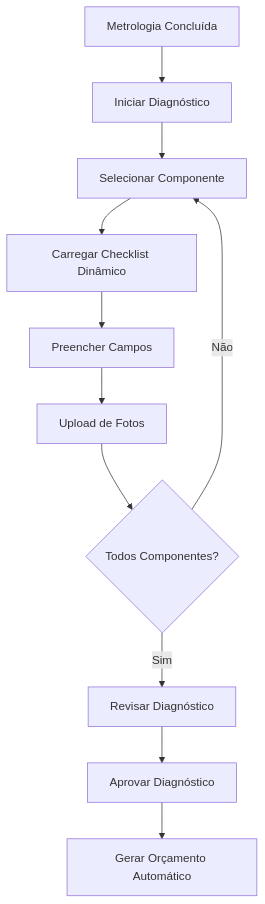
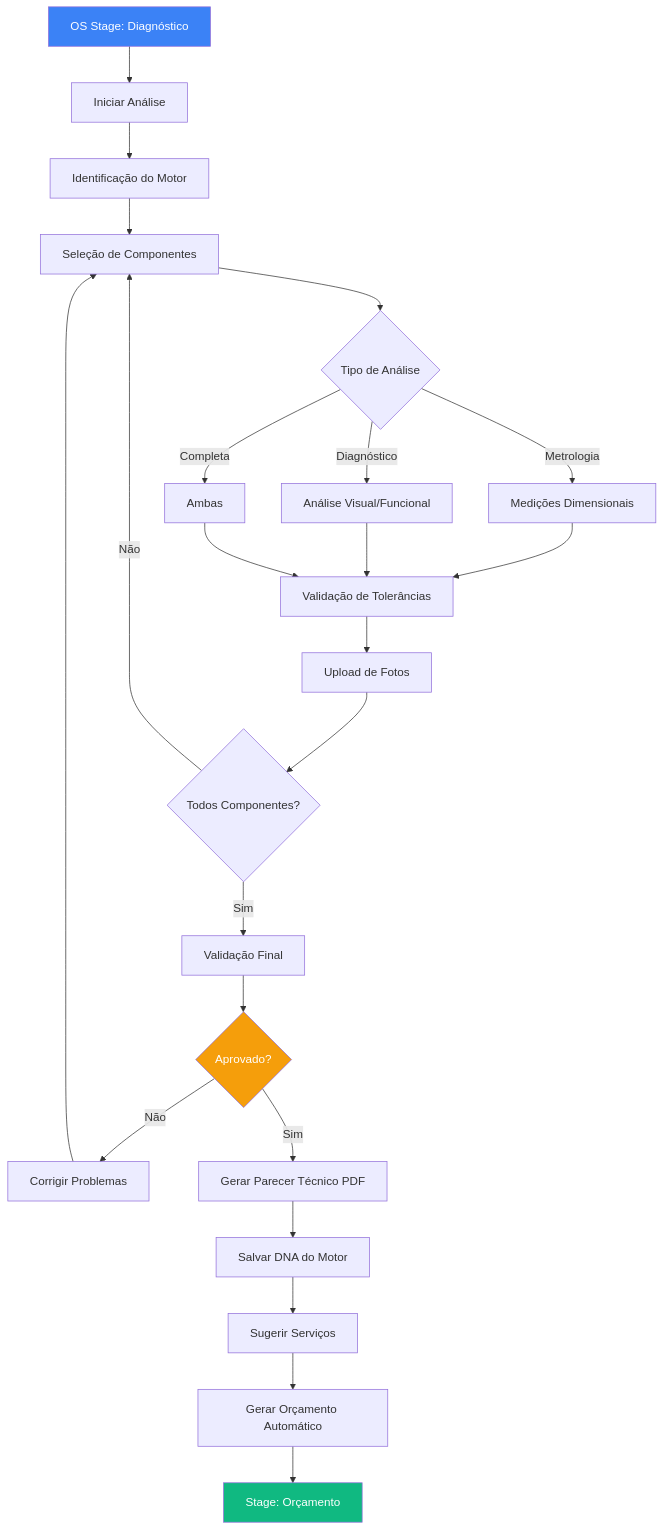
Before and after one commit to pinn-product-builder/erp-retifica-formiguense: the first of 2 diagrams in docs/modules/diagnostics/README.md, drawn with Mermaid. The commit also changed other lines of this file, not shown here.

````diff
--- a/docs/modules/diagnostics/README.md
+++ b/docs/modules/diagnostics/README.md
@@ -22,13 +40,34 @@
 ```mermaid
 graph TD
-    A[Metrologia Concluída] --> B[Iniciar Diagnóstico]
-    B --> C[Selecionar Componente]
-    C --> D[Carregar Checklist Dinâmico]
-    D --> E[Preencher Campos]
-    E --> F[Upload de Fotos]
-    F --> G{Todos Componentes?}
-    G -->|Não| C
-    G -->|Sim| H[Revisar Diagnóstico]
-    H --> I[Aprovar Diagnóstico]
-    I --> J[Gerar Orçamento Automático]
+    A[OS Stage: Diagnóstico] --> B[Iniciar Análise]
+    B --> C[Identificação do Motor]
+    C --> D[Seleção de Componentes]
+    D --> E{Tipo de Análise}
+    
+    E -->|Metrologia| F[Medições Dimensionais]
+    E -->|Diagnóstico| G[Análise Visual/Funcional]
+    E -->|Completa| H[Ambas]
+    
+    F --> I[Validação de Tolerâncias]
+    G --> I
+    H --> I
+    
+    I --> J[Upload de Fotos]
+    J --> K{Todos Componentes?}
+    K -->|Não| D
+    K -->|Sim| L[Validação Final]
+    
+    L --> M{Aprovado?}
+    M -->|Não| N[Corrigir Problemas]
+    N --> D
+    M -->|Sim| O[Gerar Parecer Técnico PDF]
+    
+    O --> P[Salvar DNA do Motor]
+    P --> Q[Sugerir Serviços]
+    Q --> R[Gerar Orçamento Automático]
+    R --> S[Stage: Orçamento]
+    
+    style A fill:#3b82f6,color:#fff
+    style S fill:#10b981,color:#fff
+    style M fill:#f59e0b,color:#fff
 ```
````
